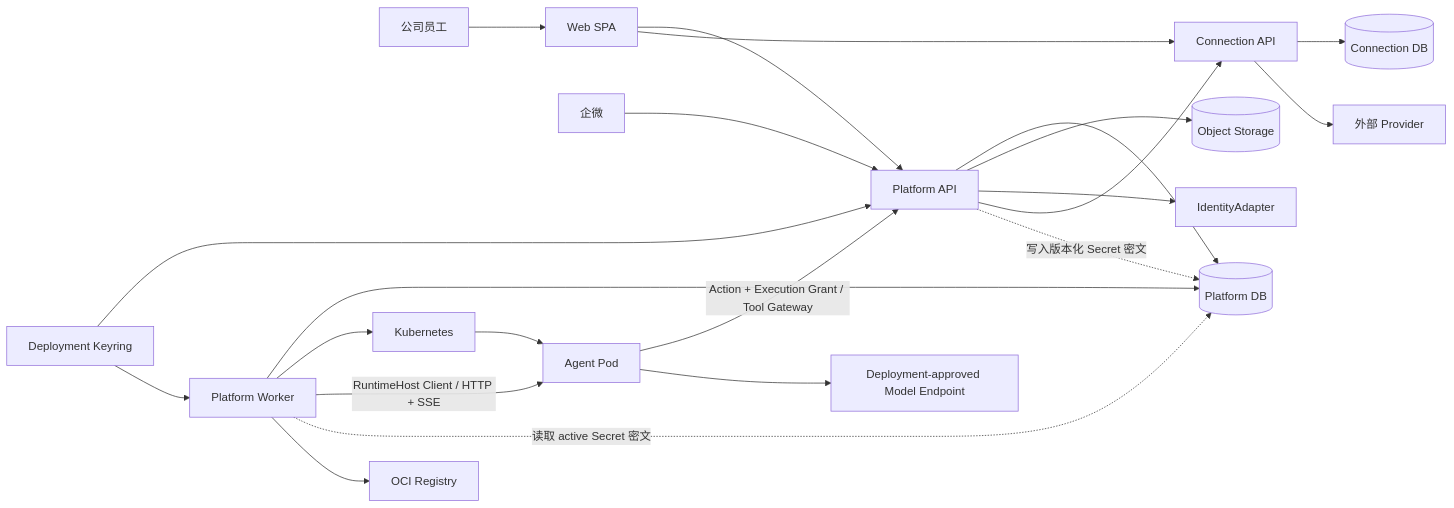
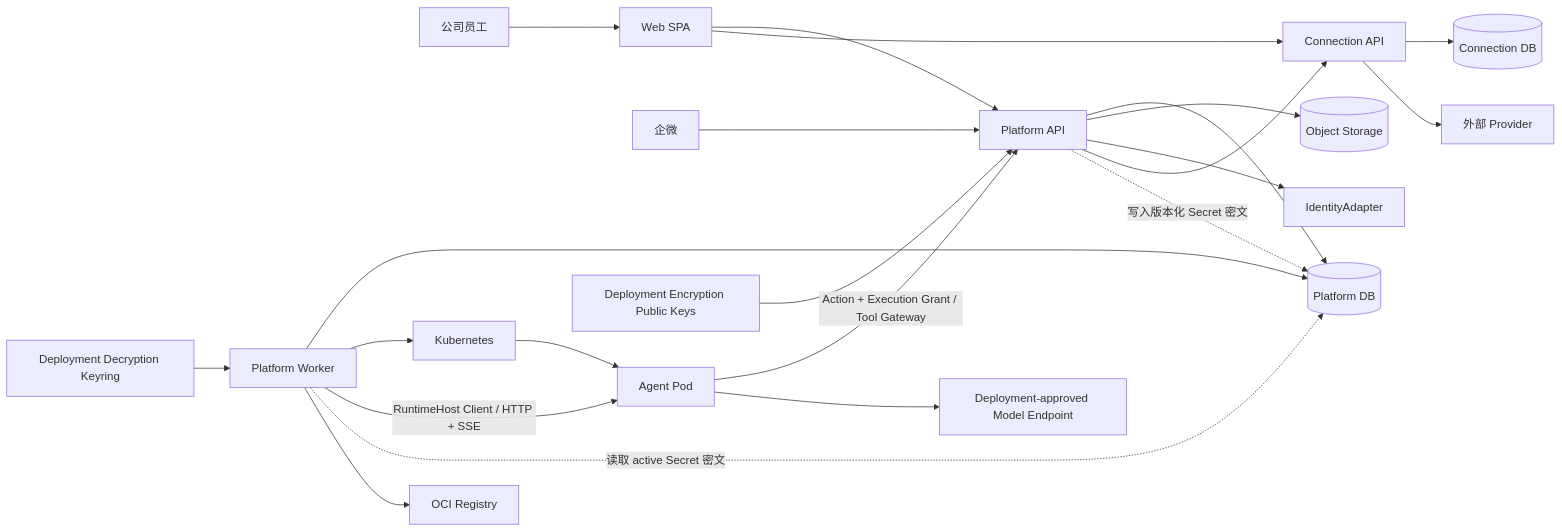
Before and after one commit to AgoraIO-Extensions/agent-infra: the first of 3 diagrams in docs/architecture/SPEC-agent-infra-M1-engineering-architecture.md, drawn with Mermaid. The commit also changed other lines of this file and 2 other files, not shown here.

Commit message:
docs: separate secret encryption authority

````diff
--- a/docs/architecture/SPEC-agent-infra-M1-engineering-architecture.md
+++ b/docs/architecture/SPEC-agent-infra-M1-engineering-architecture.md
@@ -84,28 +84,28 @@
 ```mermaid
 flowchart LR
     U[公司员工] --> W[Web SPA]
     QW[企微] --> PA[Platform API]
     W --> PA
     W --> CA[Connection API]
 
     PA --> PD[(Platform DB)]
     PA --> OS[(Object Storage)]
     PA --> IDP[IdentityAdapter]
     PW[Platform Worker] --> PD
 
     PW --> K8S[Kubernetes]
     K8S --> AP[Agent Pod]
     PW -->|RuntimeHost Client / HTTP + SSE| AP
 
     AP -->|Action + Execution Grant / Tool Gateway| PA
     PA --> CA
     CA --> CD[(Connection DB)]
     PA -.->|写入版本化 Secret 密文| PD
     PW -.->|读取 active Secret 密文| PD
-    KEY[Deployment Keyring] --> PA
-    KEY --> PW
+    PUB[Deployment Encryption Public Keys] --> PA
+    PRIV[Deployment Decryption Keyring] --> PW
     CA --> EXT[外部 Provider]
 
     AP --> MODEL[Deployment-approved Model Endpoint]
     PW --> REG[OCI Registry]
 ```
````
